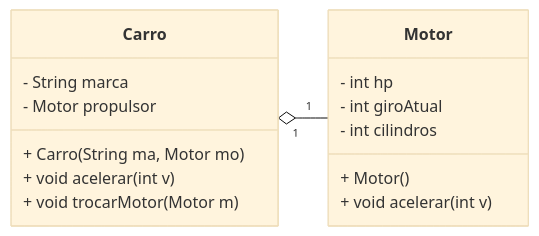
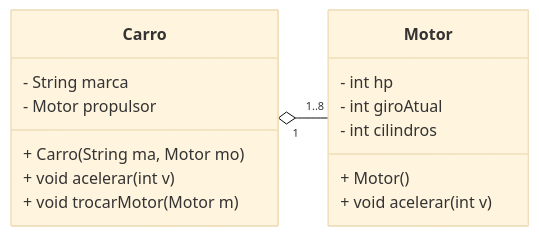
The second of 2 diagrams in aula12/Readme.md (edusilva-edu/POO), drawn with Mermaid (base theme) before and after one commit. The commit also changed 13 other files, not shown here.

````diff
--- a/aula12/Readme.md
+++ b/aula12/Readme.md
@@ -13,21 +13,21 @@
 ```mermaid
 classDiagram
     direction LR
     class Carro{
         - String marca
         - Motor propulsor
         + Carro(String ma, Motor mo)
         + void acelerar(int v)
         + void trocarMotor(Motor m)
     }
     
     class Motor{
         - int hp
         - int giroAtual
         - int cilindros
         + Motor()
         + void acelerar(int v)
     }
     
-    Carro "1" o-- "1" Motor
+    Carro "1" o-- "1..8" Motor
 ```
````
